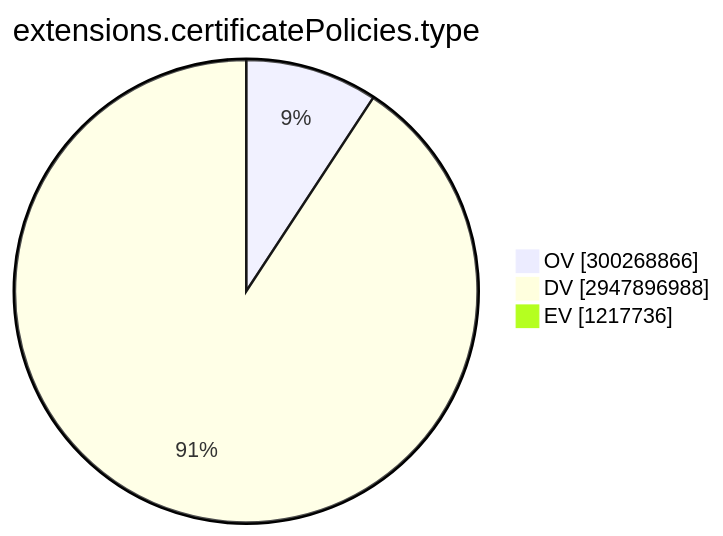
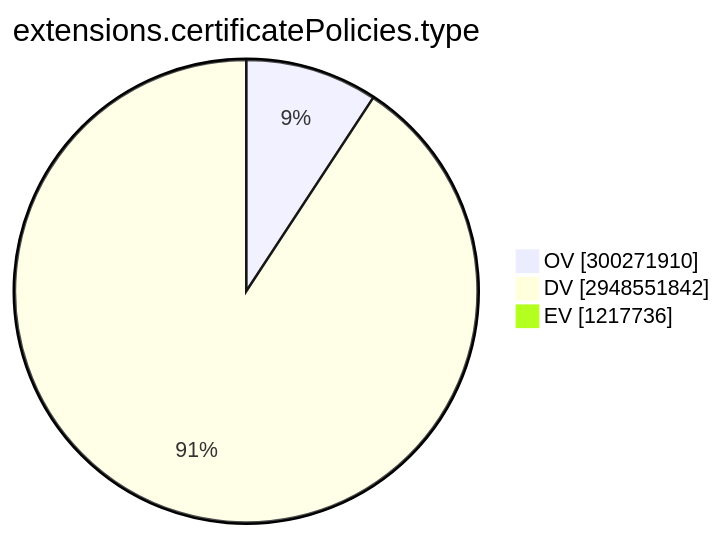
One commit to christiankrug/ctmonitor_visualization changed the ninth of 15 diagrams in TOTAL/README.md. Above: the diagram before and after it, drawn with Mermaid. The commit also changed other lines of this file, not shown here.

````diff
--- a/TOTAL/README.md
+++ b/TOTAL/README.md
@@ -3101,7 +3101,7 @@
 ```mermaid
 pie showData
 title extensions.certificatePolicies.type
-"OV" :300268866
-"DV" :2947896988
+"OV" :300271910
+"DV" :2948551842
 "EV" :1217736
 ```
````
